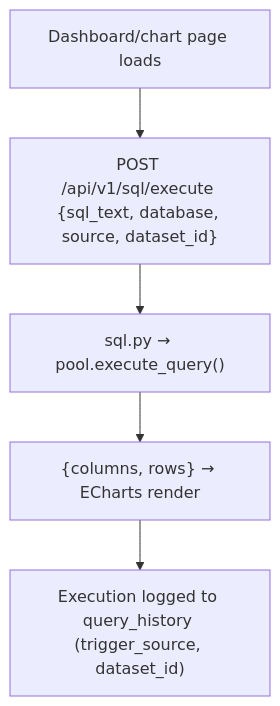
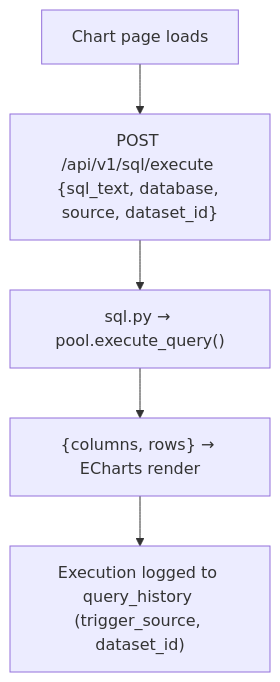
The sixth of 17 diagrams in ARCHITECTURE.md (PruthviProdduturi/Kaveon), drawn with Mermaid before and after one commit. The commit also changed other lines of this file and 2 other files, not shown here.

First line of the commit message:
docs: update STATUS, ARCHITECTURE, whitepaper with serve-chart, filter-values, HLL sketches

````diff
--- a/ARCHITECTURE.md
+++ b/ARCHITECTURE.md
@@ -154,9 +180,9 @@
 ```mermaid
 flowchart TD
-    A["Dashboard/chart page loads"]
+    A["Chart page loads"]
     B["POST /api/v1/sql/execute {sql_text, database, source, dataset_id}"]
     C["sql.py → pool.execute_query()"]
     D["{columns, rows} → ECharts render"]
     E["Execution logged to query_history (trigger_source, dataset_id)"]
     A --> B --> C --> D --> E
 ```
````
